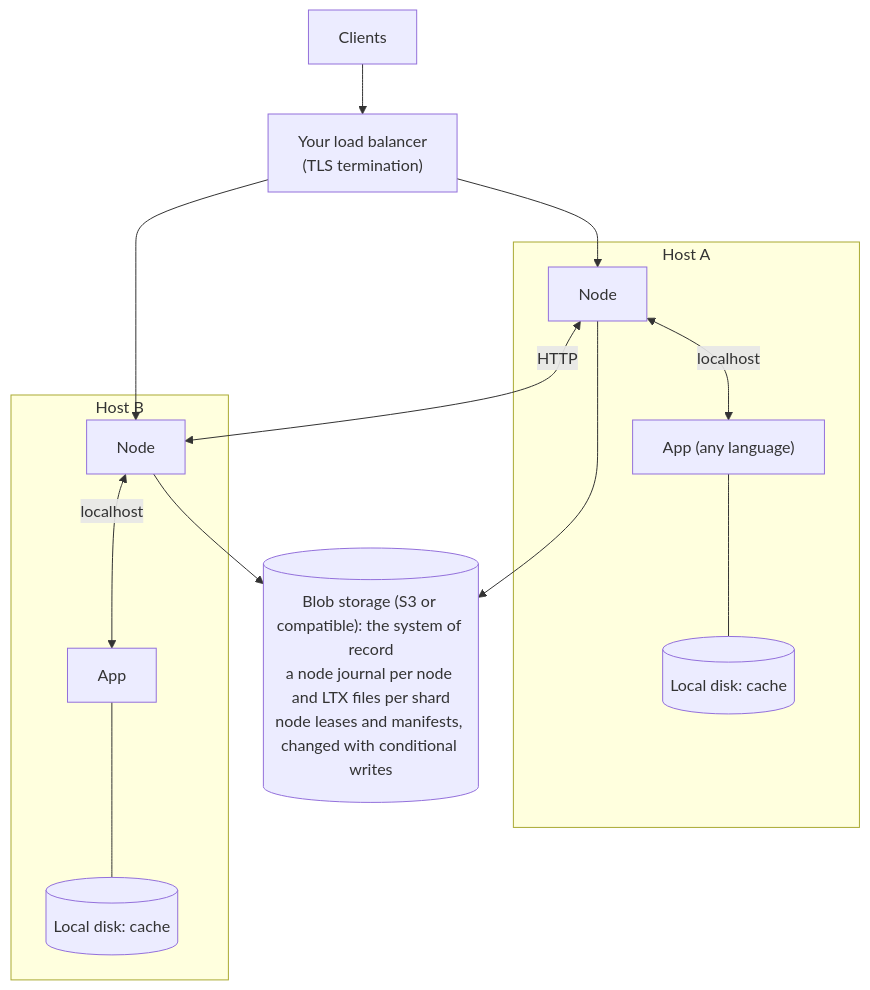
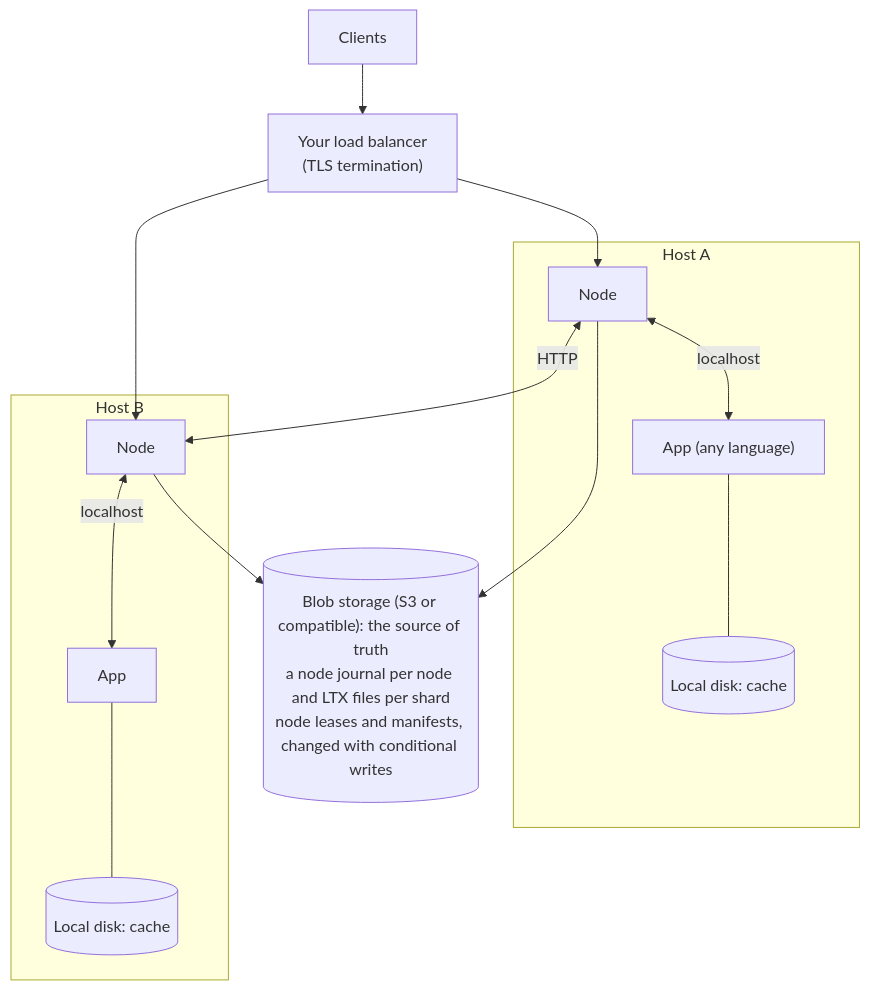
Before and after one commit to luci1900/shardlite: the diagram in docs/overview.md, drawn with Mermaid. The commit also changed other lines of this file and 150 other files, not shown here.

````diff
--- a/docs/overview.md
+++ b/docs/overview.md
@@ -58,22 +48,22 @@
 ```mermaid
 flowchart TB
   clients[Clients] --> lb["Your load balancer<br/>(TLS termination)"]
   lb --> nodeA
   lb --> nodeB
 
   subgraph hostA [Host A]
     nodeA[Node] <-->|localhost| appA["App (any language)"]
     appA --- diskA[("Local disk: cache")]
   end
 
   subgraph hostB [Host B]
     nodeB[Node] <-->|localhost| appB[App]
     appB --- diskB[("Local disk: cache")]
   end
 
   nodeA <-->|HTTP| nodeB
 
   nodeA --> blob
   nodeB --> blob
-  blob[("Blob storage (S3 or compatible): the system of record<br/>a node journal per node and LTX files per shard<br/>node leases and manifests, changed with conditional writes")]
+  blob[("Blob storage (S3 or compatible): the source of truth<br/>a node journal per node and LTX files per shard<br/>node leases and manifests, changed with conditional writes")]
 ```
````
